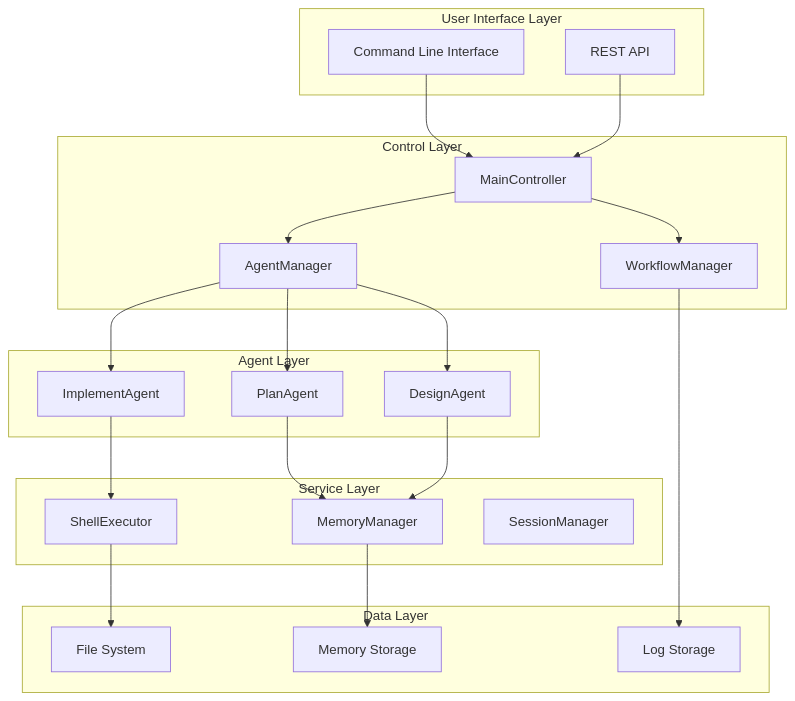
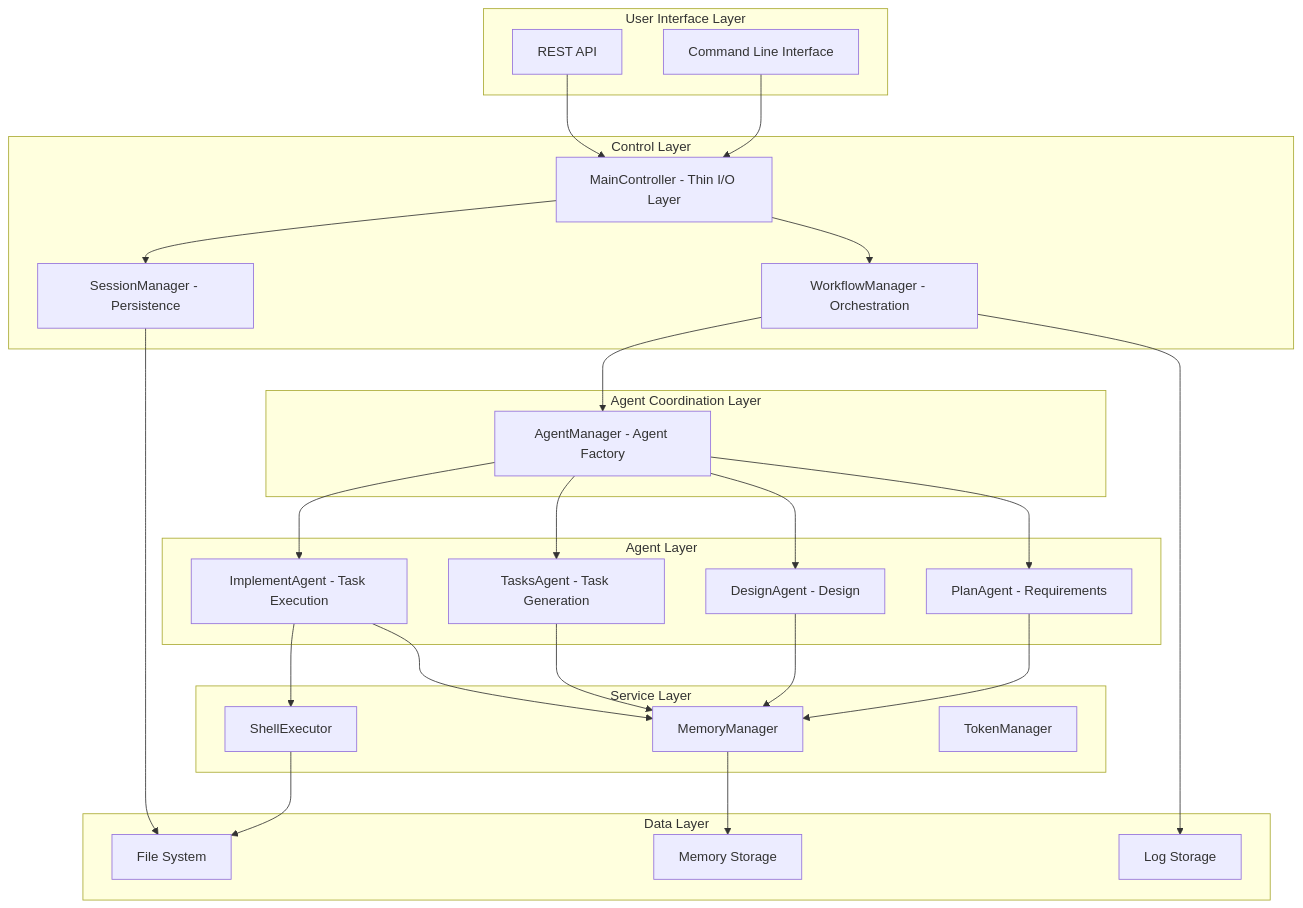
Before and after one commit to wirelessr/SpecForge-Agent: the diagram in autogen_framework/docs/developer-guide.md, drawn with Mermaid. The commit also changed other lines of this file and 4 other files, not shown here.

First line of the commit message:
docs: Update documentation and architecture guides to reflect refactored component structure

````diff
--- a/autogen_framework/docs/developer-guide.md
+++ b/autogen_framework/docs/developer-guide.md
@@ -17,45 +17,55 @@
 ```mermaid
 graph TB
     subgraph "User Interface Layer"
         CLI[Command Line Interface]
         API[REST API]
     end
     
     subgraph "Control Layer"
-        MC[MainController]
-        AM[AgentManager]
-        WF[WorkflowManager]
+        MC[MainController - Thin I/O Layer]
+        WM[WorkflowManager - Orchestration]
+        SM[SessionManager - Persistence]
+    end
+    
+    subgraph "Agent Coordination Layer"
+        AM[AgentManager - Agent Factory]
     end
     
     subgraph "Agent Layer"
-        PA[PlanAgent]
-        DA[DesignAgent]
-        IA[ImplementAgent]
+        PA[PlanAgent - Requirements]
+        DA[DesignAgent - Design]
+        TA[TasksAgent - Task Generation]
+        IA[ImplementAgent - Task Execution]
     end
     
     subgraph "Service Layer"
         MM[MemoryManager]
         SE[ShellExecutor]
-        SM[SessionManager]
+        TM[TokenManager]
     end
     
     subgraph "Data Layer"
         FS[File System]
         MEM[Memory Storage]
         LOG[Log Storage]
     end
     
     CLI --> MC
     API --> MC
-    MC --> AM
-    MC --> WF
+    MC --> WM
+    MC --> SM
+    WM --> AM
     AM --> PA
     AM --> DA
+    AM --> TA
     AM --> IA
     PA --> MM
     DA --> MM
+    TA --> MM
     IA --> SE
+    IA --> MM
     MM --> MEM
     SE --> FS
-    WF --> LOG
+    SM --> FS
+    WM --> LOG
 ```
````
